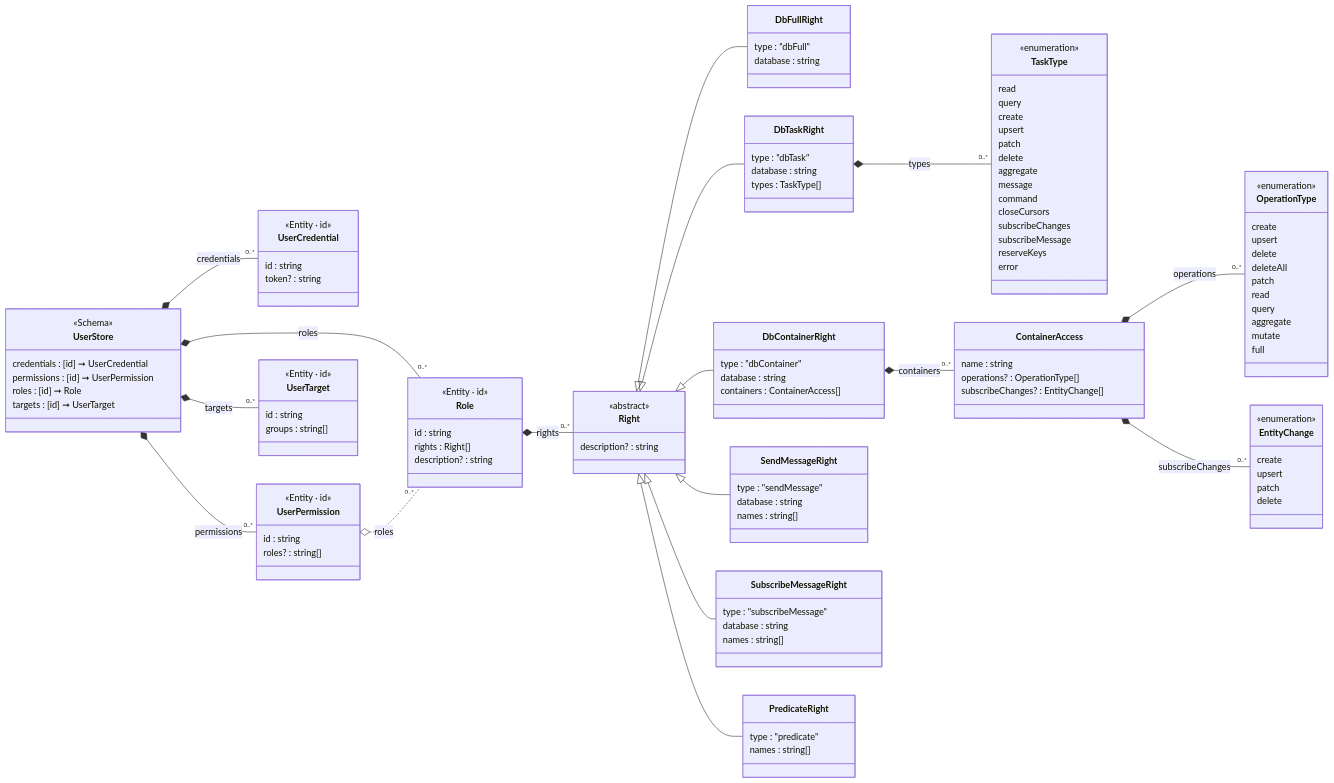
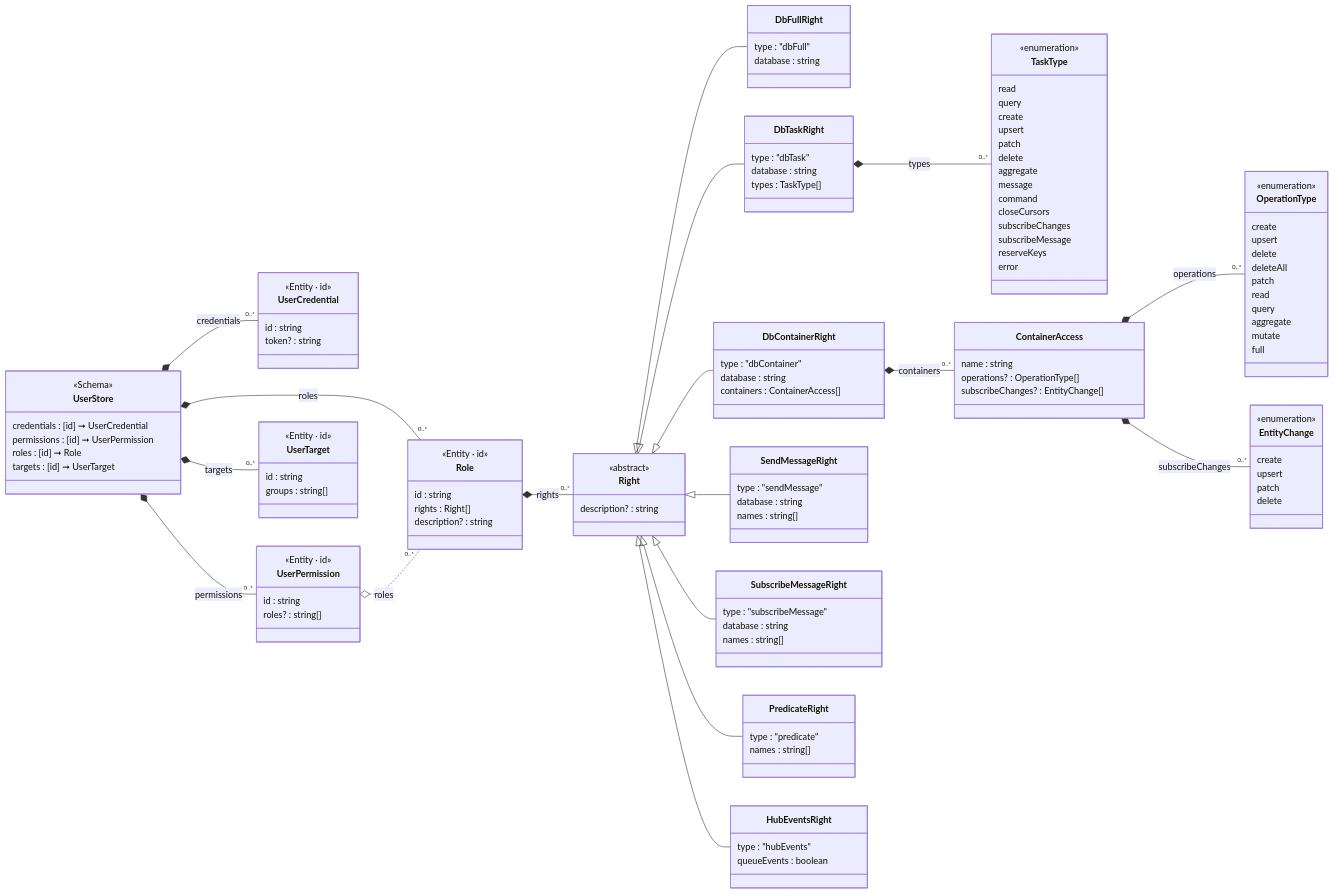
One commit to friflo/Friflo.Json.Fliox changed the diagram in Json.Tests/assets~/Schema/Markdown/UserStore/class-diagram.md. Above: the diagram before and after it, drawn with Mermaid. The commit also changed 16 other files, not shown here.

Commit message:
Host.Auth - introduced: HubEventsRight & AuthorizeEvents

```diff
--- a/Json.Tests/assets~/Schema/Markdown/UserStore/class-diagram.md
+++ b/Json.Tests/assets~/Schema/Markdown/UserStore/class-diagram.md
@@ -114,6 +114,12 @@
     names        : string[]
 }
 
+Right <|-- HubEventsRight
+class HubEventsRight {
+    type         : "hubEvents"
+    queueEvents  : boolean
+}
+
 class TaskType:::cssEnum {
     <<enumeration>>
     read
```
